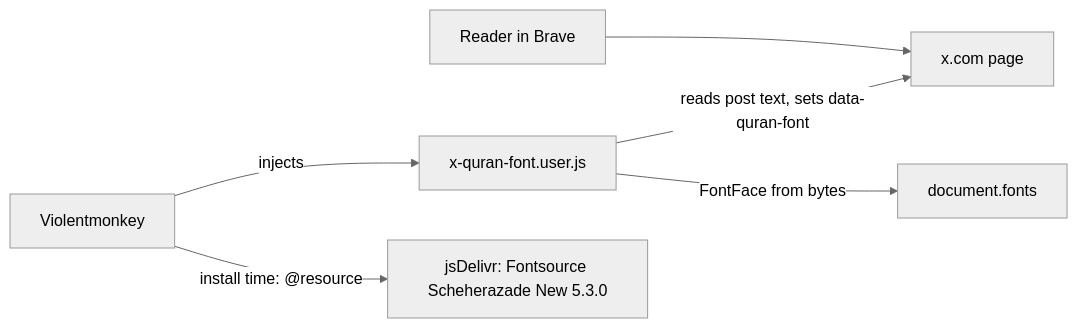
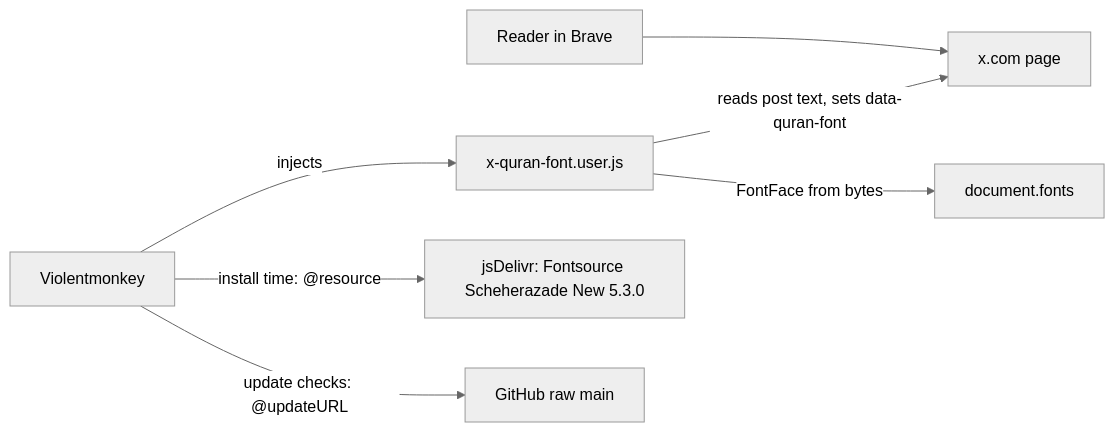
The diagram in docs/architecture/overview.md (roko-tech/x-quran-font), drawn with Mermaid (neutral theme) before and after one commit. The commit also changed other lines of this file and 10 other files, not shown here.

````diff
--- a/docs/architecture/overview.md
+++ b/docs/architecture/overview.md
@@ -11,8 +11,9 @@
 ```mermaid
 flowchart LR
     User[Reader in Brave] --> X[x.com page]
     Manager[Violentmonkey] -->|injects| Script[x-quran-font.user.js]
     Manager -->|install time: @resource| CDN[jsDelivr: Fontsource Scheherazade New 5.3.0]
+    Manager -->|update checks: @updateURL| Raw[GitHub raw main]
     Script -->|reads post text, sets data-quran-font| X
     Script -->|FontFace from bytes| Fonts[document.fonts]
 ```
````
